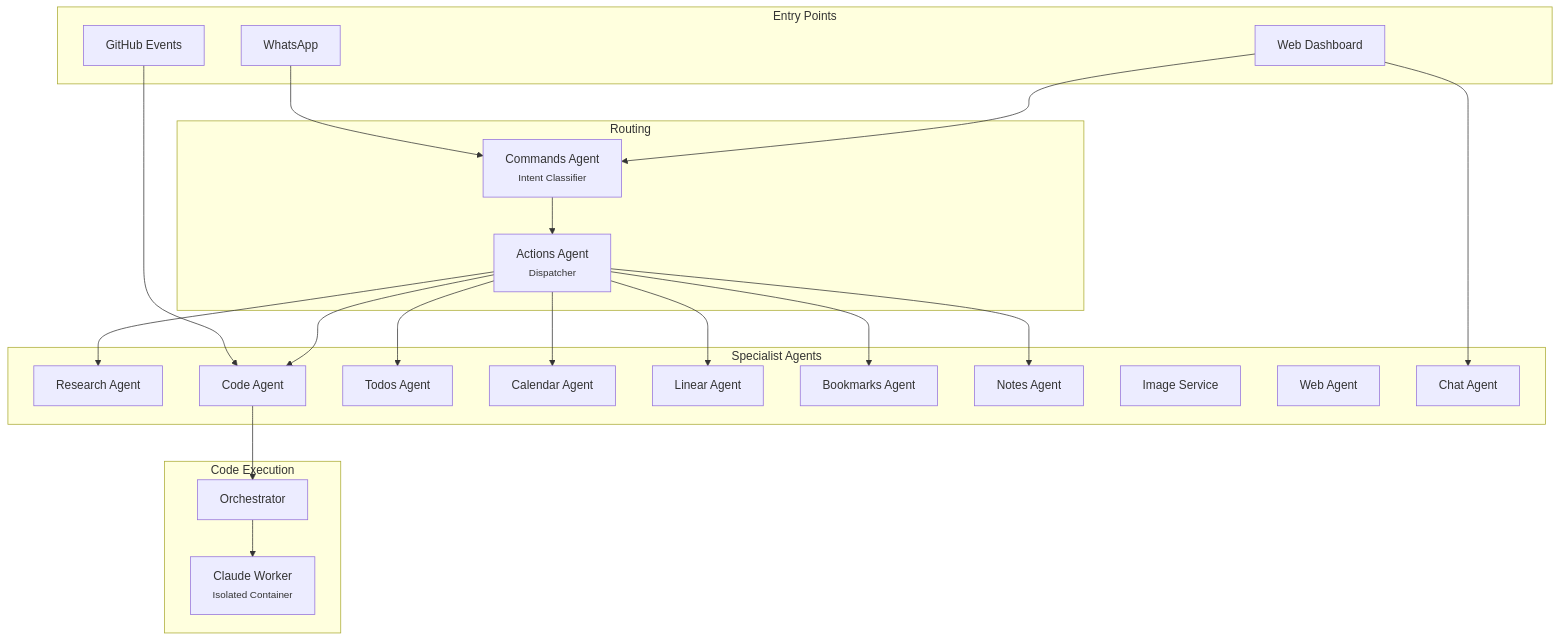
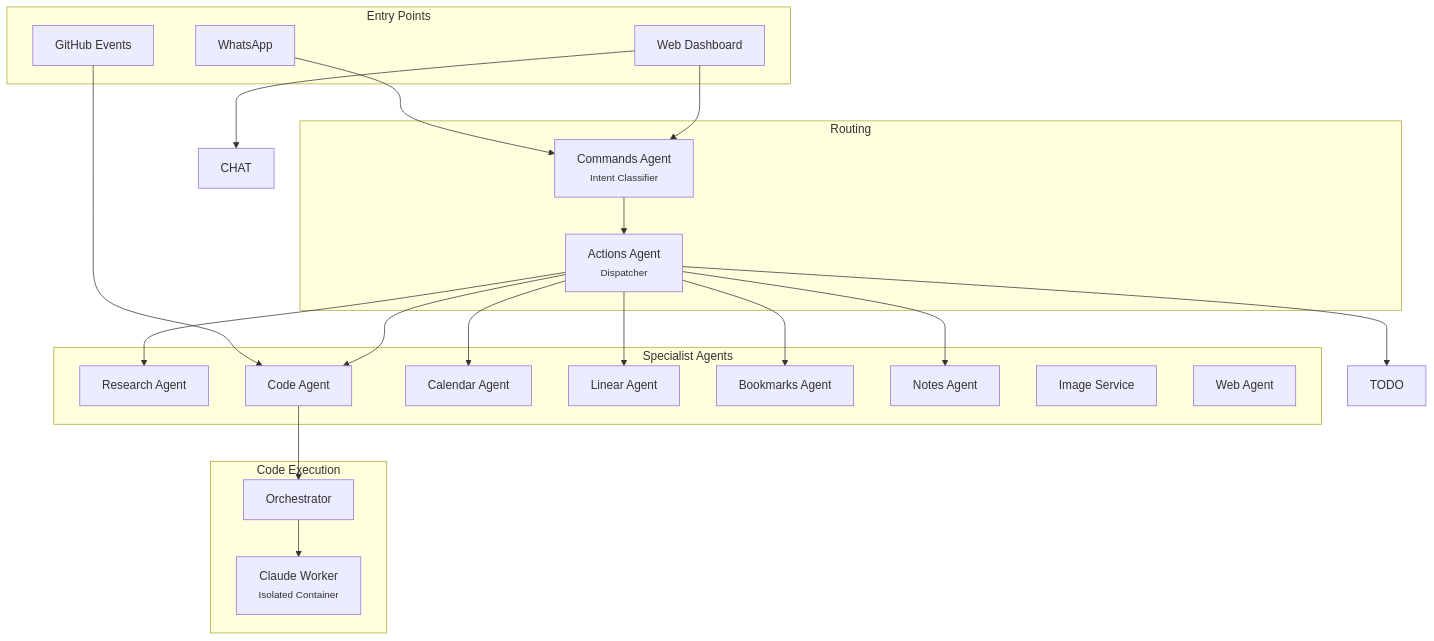
One commit to pbuchman/intexuraos changed the fourth of 4 diagrams in README.md. Above: the diagram before and after it, drawn with Mermaid. The commit also changed other lines of this file and 463 other files, not shown here.

````diff
--- a/README.md
+++ b/README.md
@@ -185,37 +185,35 @@
 ```mermaid
 graph TD
     subgraph "Entry Points"
         WA3[WhatsApp]
         WEB3[Web Dashboard]
         GH[GitHub Events]
     end
 
     subgraph "Routing"
         CMD3["Commands Agent<br><small>Intent Classifier</small>"]
         ACT["Actions Agent<br><small>Dispatcher</small>"]
     end
 
     subgraph "Specialist Agents"
         RES[Research Agent]
         CODE3[Code Agent]
-        TODO[Todos Agent]
         CAL[Calendar Agent]
         LIN3[Linear Agent]
         BOOK[Bookmarks Agent]
         NOTE[Notes Agent]
         IMG[Image Service]
         WEBAG[Web Agent]
-        CHAT[Chat Agent]
     end
 
     subgraph "Code Execution"
         ORCH3[Orchestrator]
         CW3["Claude Worker<br><small>Isolated Container</small>"]
     end
 
     WA3 & WEB3 --> CMD3 --> ACT
     WEB3 --> CHAT
     GH --> CODE3
     ACT --> RES & CODE3 & TODO & CAL & LIN3 & BOOK & NOTE
     CODE3 --> ORCH3 --> CW3
 ```
````
